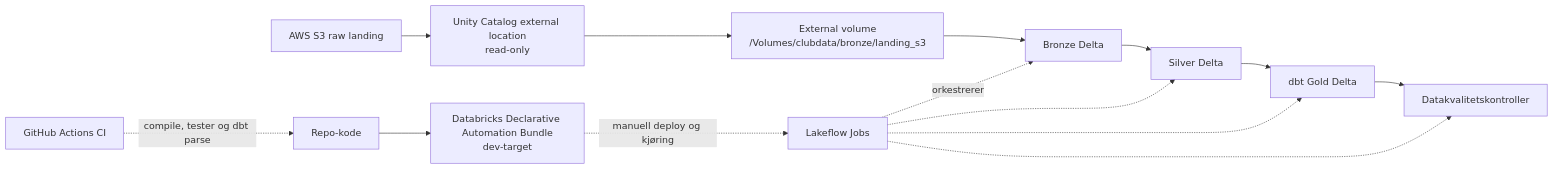
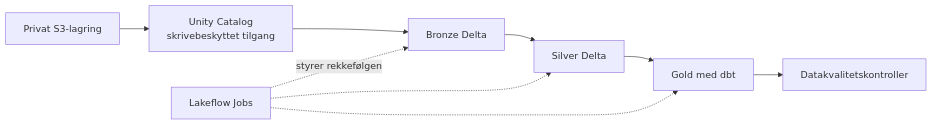
One commit to NilsenTommy/club-data-platform changed the second of 2 diagrams in docs/architecture.md. Above: the diagram before and after it, drawn with Mermaid. The commit also changed other lines of this file and 3 other files, not shown here.

````diff
--- a/docs/architecture.md
+++ b/docs/architecture.md
@@ -102,16 +120,11 @@
 ```mermaid
 flowchart LR
-  S3[AWS S3 raw landing] --> EL[Unity Catalog external location<br/>read-only]
-  EL --> V[External volume<br/>/Volumes/clubdata/bronze/landing_s3]
-  V --> B[Bronze Delta]
+  S3[Privat S3-lagring] --> UC[Unity Catalog<br/>skrivebeskyttet tilgang]
+  UC --> B[Bronze Delta]
   B --> S[Silver Delta]
-  S --> G[dbt Gold Delta]
-  G --> DQ[Datakvalitetskontroller]
-  LJ[Lakeflow Jobs] -. orkestrerer .-> B
-  LJ -.-> S
-  LJ -.-> G
-  LJ -.-> DQ
-  CI[GitHub Actions CI] -. compile, tester og dbt parse .-> R[Repo-kode]
-  R --> DB[Databricks Declarative Automation Bundle<br/>dev-target]
-  DB -. manuell deploy og kjøring .-> LJ
+  S --> G[Gold med dbt]
+  G --> Q[Datakvalitetskontroller]
+  J[Lakeflow Jobs] -. styrer rekkefølgen .-> B
+  J -.-> S
+  J -.-> G
 ```
````
